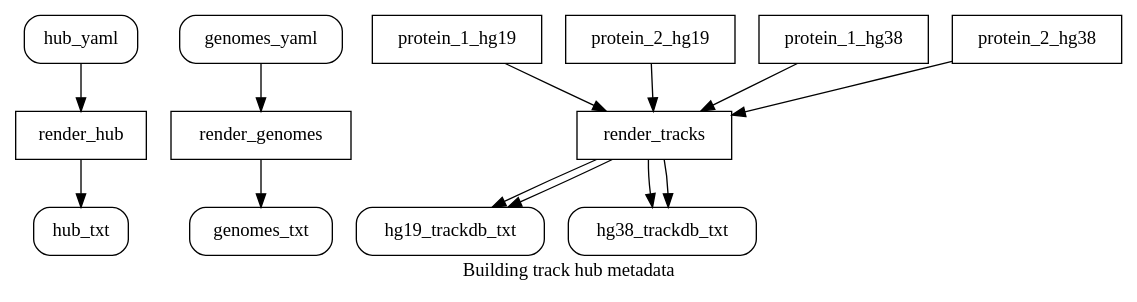
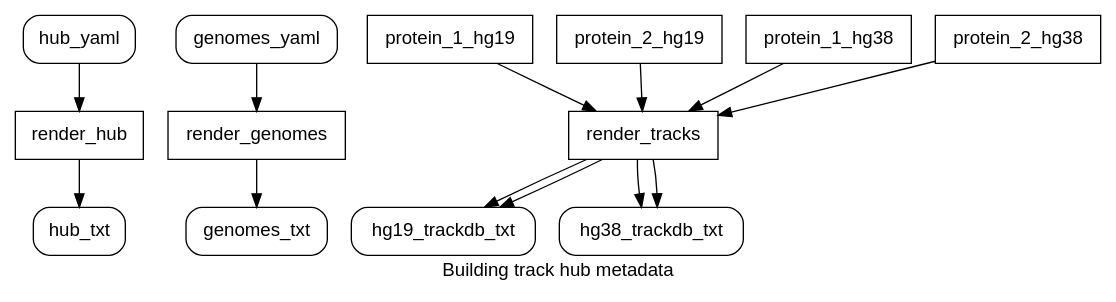
One commit to dleehr/TrackHubGenerator-flowchart changed the diagram in trackhub.dot. Above: the diagram before and after it, drawn with Graphviz. The commit also changed 1 other file, not shown here.

Commit message:
Change font to helvetica

```diff
--- a/trackhub.dot
+++ b/trackhub.dot
@@ -1,20 +1,24 @@
 digraph {
+  graph [fontname = "helvetica"];
+  node [fontname = "helvetica"];
+  edge [fontname = "helvetica"];
+
   label="Building track hub metadata"
 
   node[shape="box", style="rounded"]
     hub_yaml; genomes_yaml; hub_txt; genomes_txt; hg19_trackdb_txt; hg38_trackdb_txt;
 
   node[shape="box",style=""]
 
   hub_yaml->render_hub->hub_txt
   genomes_yaml->render_genomes->genomes_txt
 
   protein_1_hg19->render_tracks->hg19_trackdb_txt
   protein_2_hg19->render_tracks->hg19_trackdb_txt
   protein_1_hg38->render_tracks->hg38_trackdb_txt
   protein_2_hg38->render_tracks->hg38_trackdb_txt
 }
 
 # Process is rectangle
 # input/output is parallelogram
 # roundrects for start/end
```
